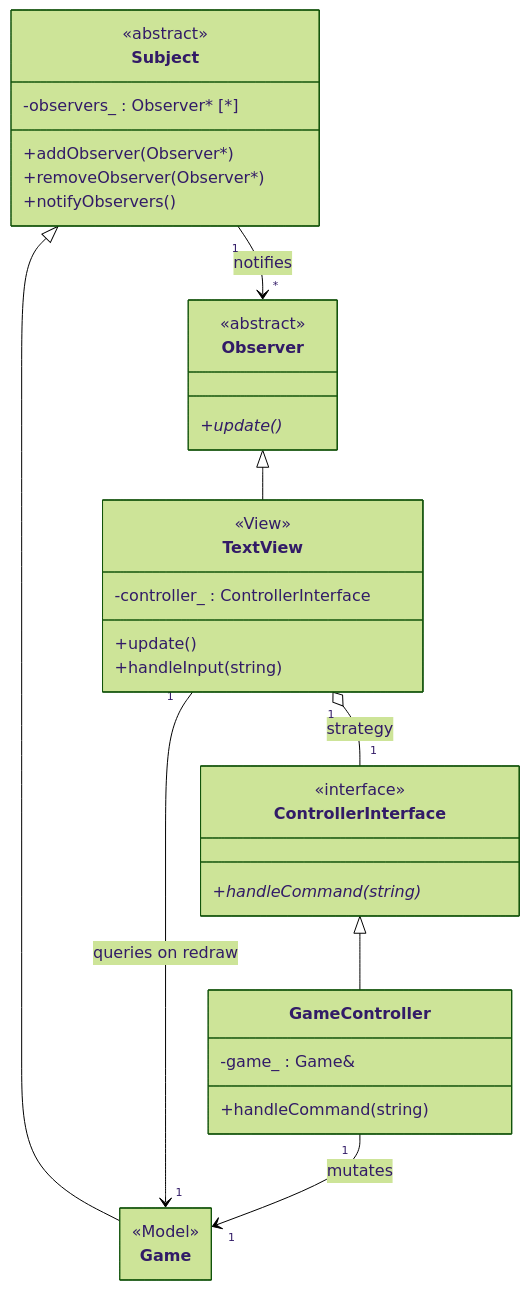
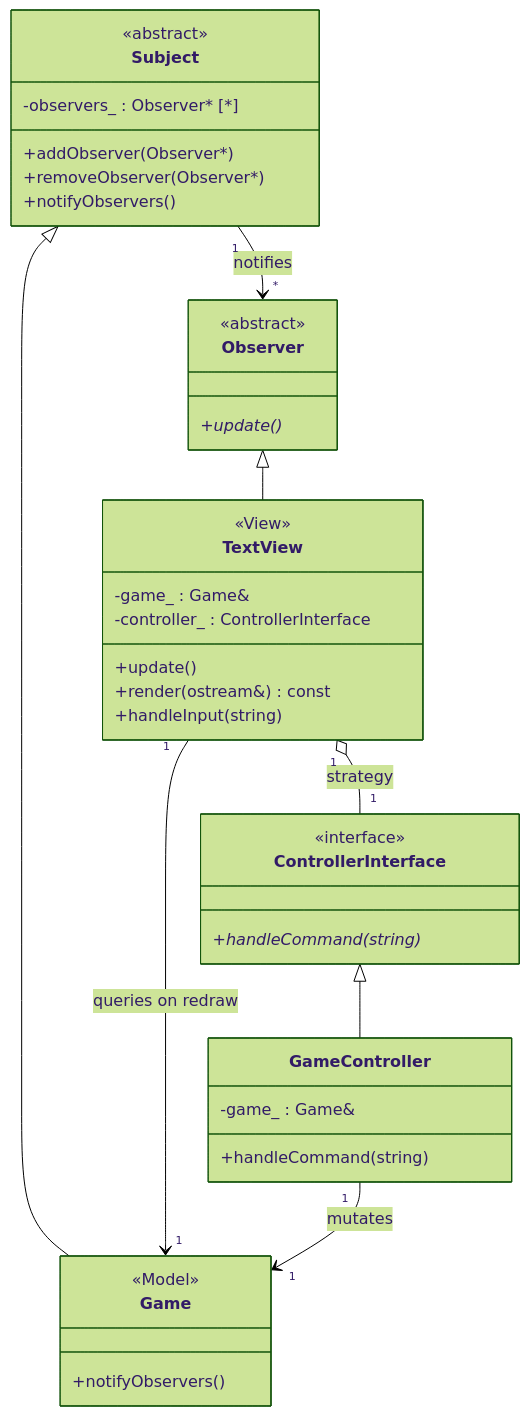
One commit to jasmehar-k/hungry-hungry-capitalists changed the second of 8 diagrams in uml.md. Above: the diagram before and after it, drawn with Mermaid (forest theme). The commit also changed other lines of this file and 9 other files, not shown here.

Commit message:
restructure uml as master diagram plus complete per pattern details

````diff
--- a/uml.md
+++ b/uml.md
@@ -39,46 +138,49 @@
 ```mermaid
 ---
 config:
   class:
     hideEmptyMembersBox: true
 ---
 classDiagram
     direction TB
 
     class Subject {
         <<abstract>>
         +addObserver(Observer*)
         +removeObserver(Observer*)
         +notifyObservers()
         -observers_ : Observer* [*]
     }
     class Observer {
         <<abstract>>
         +update()*
     }
     class Game {
         <<Model>>
+        +notifyObservers()
     }
     class TextView {
         <<View>>
         +update()
+        +render(ostream&) const
         +handleInput(string)
+        -game_ : Game&
         -controller_ : ControllerInterface
     }
     class ControllerInterface {
         <<interface>>
         +handleCommand(string)*
     }
     class GameController {
         +handleCommand(string)
         -game_ : Game&
     }
 
     Subject <|-- Game
     Observer <|-- TextView
     ControllerInterface <|-- GameController
     Subject "1" --> "*" Observer : notifies
     TextView "1" o-- "1" ControllerInterface : strategy
     TextView "1" --> "1" Game : queries on redraw
     GameController "1" --> "1" Game : mutates
 ```
````
